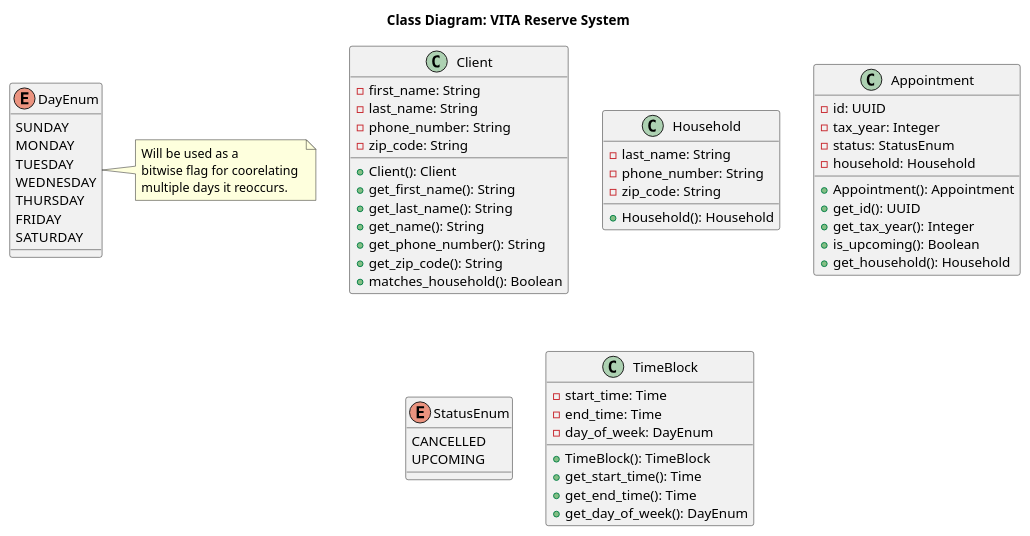
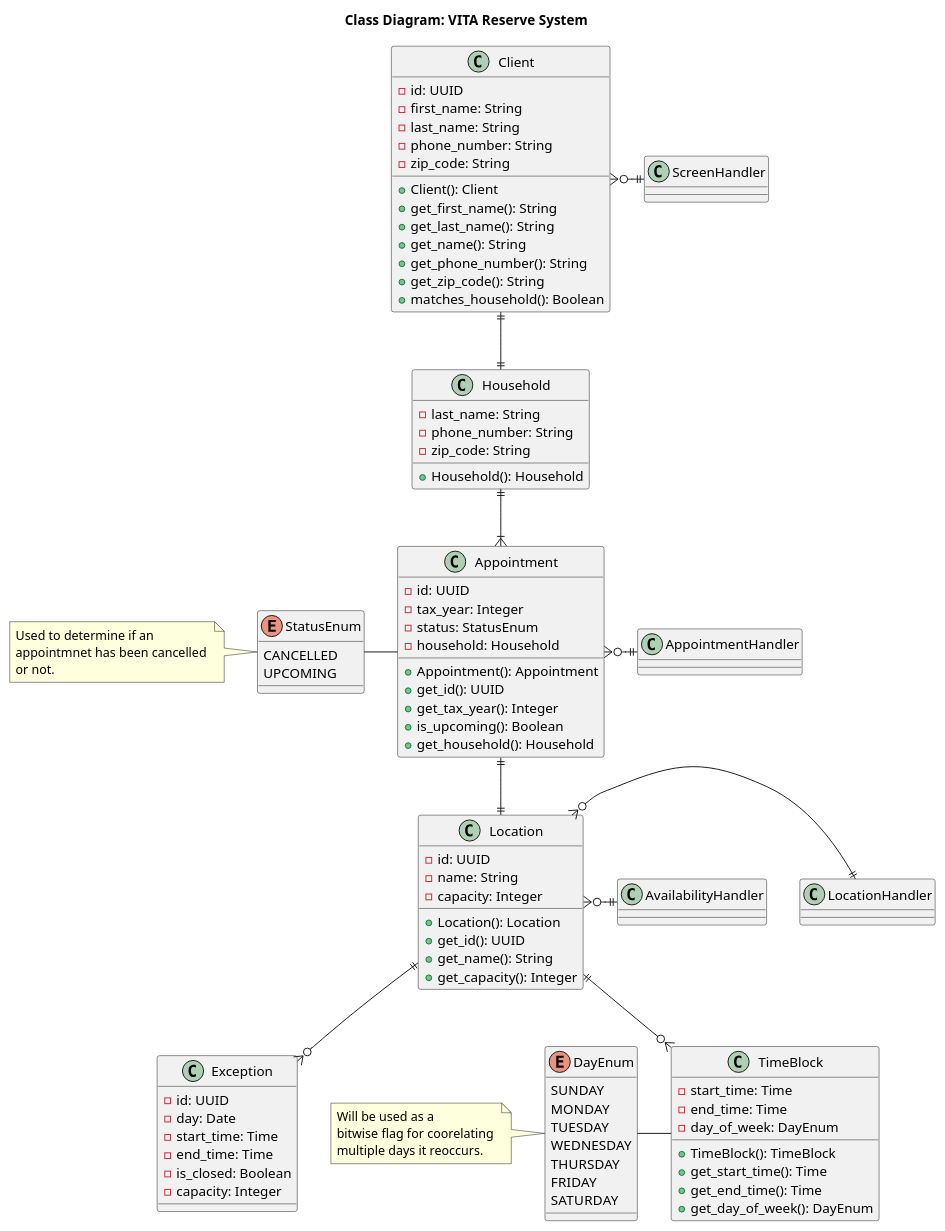
Before and after one commit to ItzNxthaniel/cisc260-final-reservation-itznxthaniel: the diagram in diagrams/src/class_diagram.puml, drawn with PlantUML.

Commit message:
Work on Class Diagram.

```diff
--- a/diagrams/src/class_diagram.puml
+++ b/diagrams/src/class_diagram.puml
@@ -1,71 +1,118 @@
 @startuml
 title "Class Diagram: VITA Reserve System"
 
 class Client {
+    - id: UUID
     - first_name: String
     - last_name: String
     - phone_number: String
     - zip_code: String
 
     + Client(): Client
     + get_first_name(): String
     + get_last_name(): String
     + get_name(): String
     + get_phone_number(): String
     + get_zip_code(): String
     + matches_household(): Boolean
 }
 
 class Household {
     - last_name: String
     - phone_number: String
     - zip_code: String
 
     + Household(): Household
 }
 
 class Appointment {
     - id: UUID
     - tax_year: Integer
     - status: StatusEnum
     - household: Household
     
     + Appointment(): Appointment
     + get_id(): UUID
     + get_tax_year(): Integer
     + is_upcoming(): Boolean
     + get_household(): Household
 }
 
 enum StatusEnum {
     CANCELLED
     UPCOMING
 }
+note left {
+    Used to determine if an 
+    appointmnet has been cancelled 
+    or not.
+}
 
 class TimeBlock {
     - start_time: Time
     - end_time: Time
     - day_of_week: DayEnum
 
     + TimeBlock(): TimeBlock
     + get_start_time(): Time
     + get_end_time(): Time
     + get_day_of_week(): DayEnum
 }
 
 enum DayEnum {
     SUNDAY
     MONDAY
     TUESDAY
     WEDNESDAY
     THURSDAY
     FRIDAY
     SATURDAY
 }
-note right {
+note left {
     Will be used as a 
     bitwise flag for coorelating 
     multiple days it reoccurs.
 }
 
+class Location {
+    - id: UUID
+    - name: String
+    - capacity: Integer
+
+    + Location(): Location
+    + get_id(): UUID
+    + get_name(): String
+    + get_capacity(): Integer
+}
+
+class Exception {
+    - id: UUID
+    - day: Date
+    - start_time: Time
+    - end_time: Time
+    - is_closed: Boolean
+    - capacity: Integer
+}
+
+class AppointmentHandler {}
+class AvailabilityHandler {}
+class ScreenHandler {}
+class LocationHandler {}
+
+Appointment -left-- StatusEnum
+TimeBlock -left-- DayEnum
+
+Client ||--|| Household
+Household ||--|{ Appointment
+Appointment ||--|| Location
+Location ||--o{ TimeBlock
+Location ||--o{ Exception
+
+Client }o-right-|| ScreenHandler
+Appointment }o-right-|| AppointmentHandler
+Location }o-right-|| LocationHandler
+Location }o-right-|| AvailabilityHandler
+
+
+
 @enduml
```
